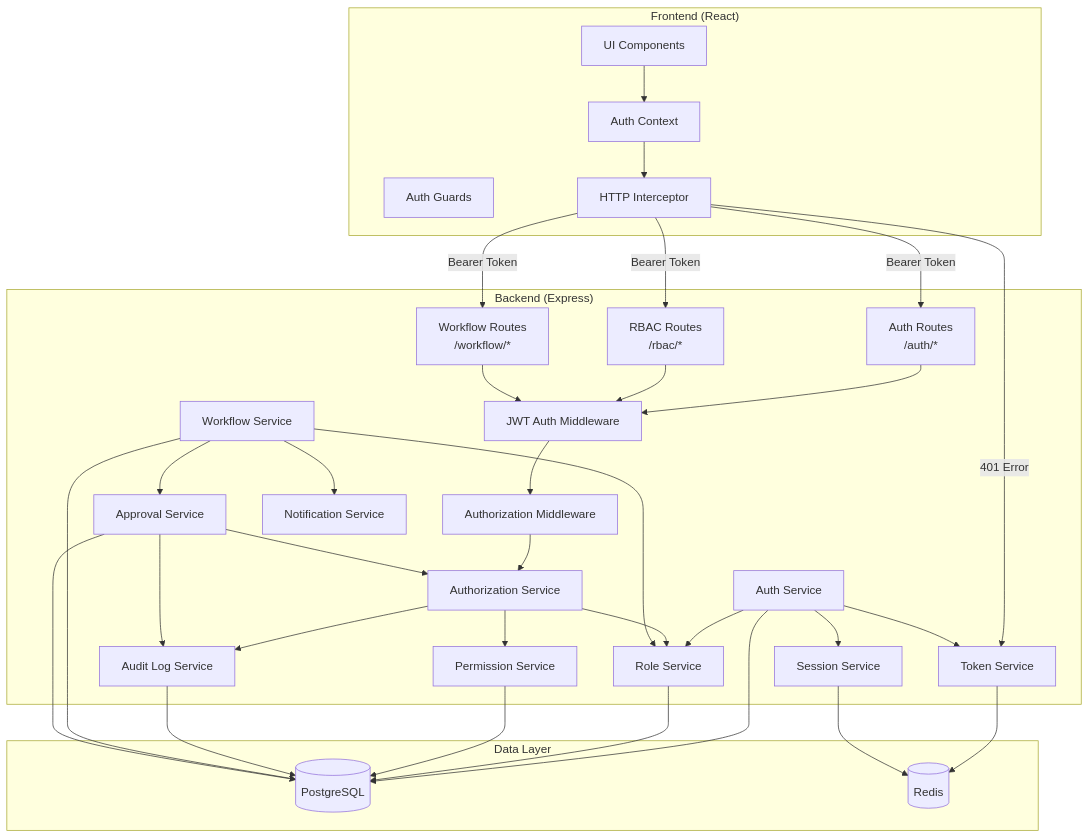
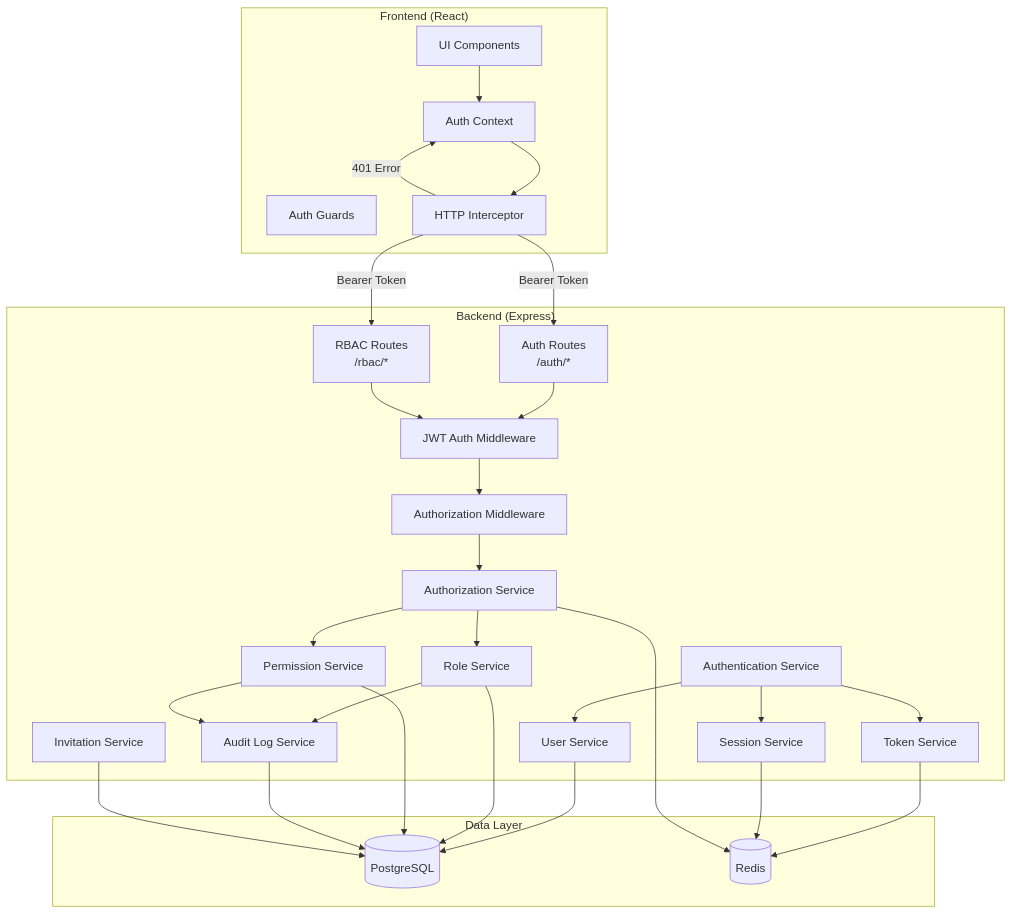
Before and after one commit to inakanou/ArchiTrack: the first of 8 diagrams in .kiro/specs/user-authentication/design.md, drawn with Mermaid. The commit also changed other lines of this file and 1 other file, not shown here.

First line of the commit message:
feat(spec): 認証・認可機能の技術設計書を生成（user-authentication）

````diff
--- a/.kiro/specs/user-authentication/design.md
+++ b/.kiro/specs/user-authentication/design.md
@@ -54,68 +53,59 @@
 ```mermaid
 graph TB
     subgraph "Frontend (React)"
         UI[UI Components]
         AuthContext[Auth Context]
         AuthGuard[Auth Guards]
         Interceptor[HTTP Interceptor]
     end
 
     subgraph "Backend (Express)"
         AuthRoutes[Auth Routes<br/>/auth/*]
         RBACRoutes[RBAC Routes<br/>/rbac/*]
-        WorkflowRoutes[Workflow Routes<br/>/workflow/*]
         AuthMiddleware[JWT Auth Middleware]
         AuthzMiddleware[Authorization Middleware]
 
-        AuthService[Auth Service]
+        AuthService[Authentication Service]
         TokenService[Token Service]
         SessionService[Session Service]
         AuthzService[Authorization Service]
         RoleService[Role Service]
         PermissionService[Permission Service]
         AuditService[Audit Log Service]
-        WorkflowService[Workflow Service]
-        ApprovalService[Approval Service]
-        NotificationService[Notification Service]
+        InvitationService[Invitation Service]
+        UserService[User Service]
     end
 
     subgraph "Data Layer"
         PostgreSQL[(PostgreSQL)]
         Redis[(Redis)]
     end
 
     UI --> AuthContext
     AuthContext --> Interceptor
     Interceptor -->|Bearer Token| AuthRoutes
     Interceptor -->|Bearer Token| RBACRoutes
-    Interceptor -->|Bearer Token| WorkflowRoutes
-    Interceptor -->|401 Error| TokenService
+    Interceptor -->|401 Error| AuthContext
 
     AuthRoutes --> AuthMiddleware
     RBACRoutes --> AuthMiddleware
-    WorkflowRoutes --> AuthMiddleware
     AuthMiddleware --> AuthzMiddleware
     AuthzMiddleware --> AuthzService
 
     AuthService --> TokenService
     AuthService --> SessionService
-    AuthService --> RoleService
+    AuthService --> UserService
     AuthzService --> RoleService
     AuthzService --> PermissionService
-    AuthzService --> AuditService
-
-    WorkflowService --> ApprovalService
-    WorkflowService --> NotificationService
-    WorkflowService --> RoleService
-    ApprovalService --> AuthzService
-    ApprovalService --> AuditService
+    RoleService --> AuditService
+    PermissionService --> AuditService
 
     TokenService --> Redis
     SessionService --> Redis
-    AuthService --> PostgreSQL
+    AuthzService --> Redis
+    UserService --> PostgreSQL
     RoleService --> PostgreSQL
     PermissionService --> PostgreSQL
     AuditService --> PostgreSQL
-    WorkflowService --> PostgreSQL
-    ApprovalService --> PostgreSQL
+    InvitationService --> PostgreSQL
 ```
````
